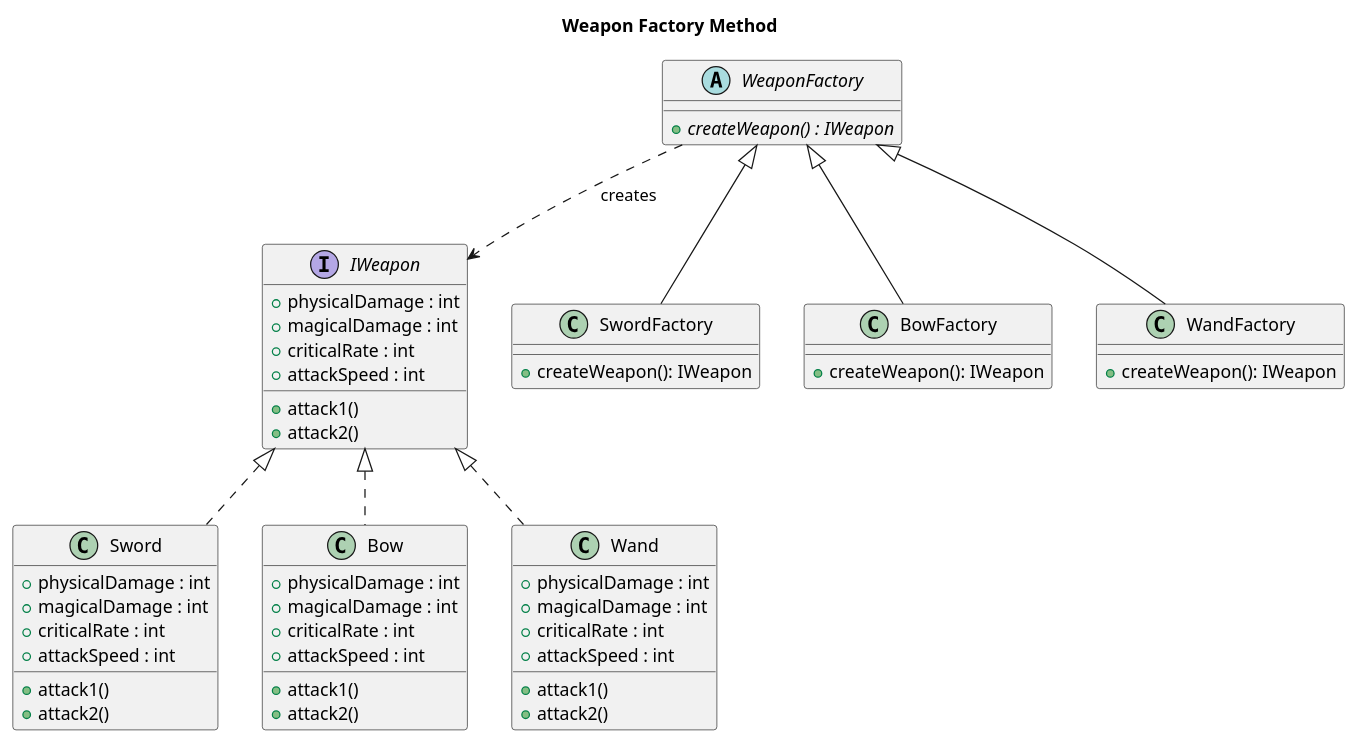
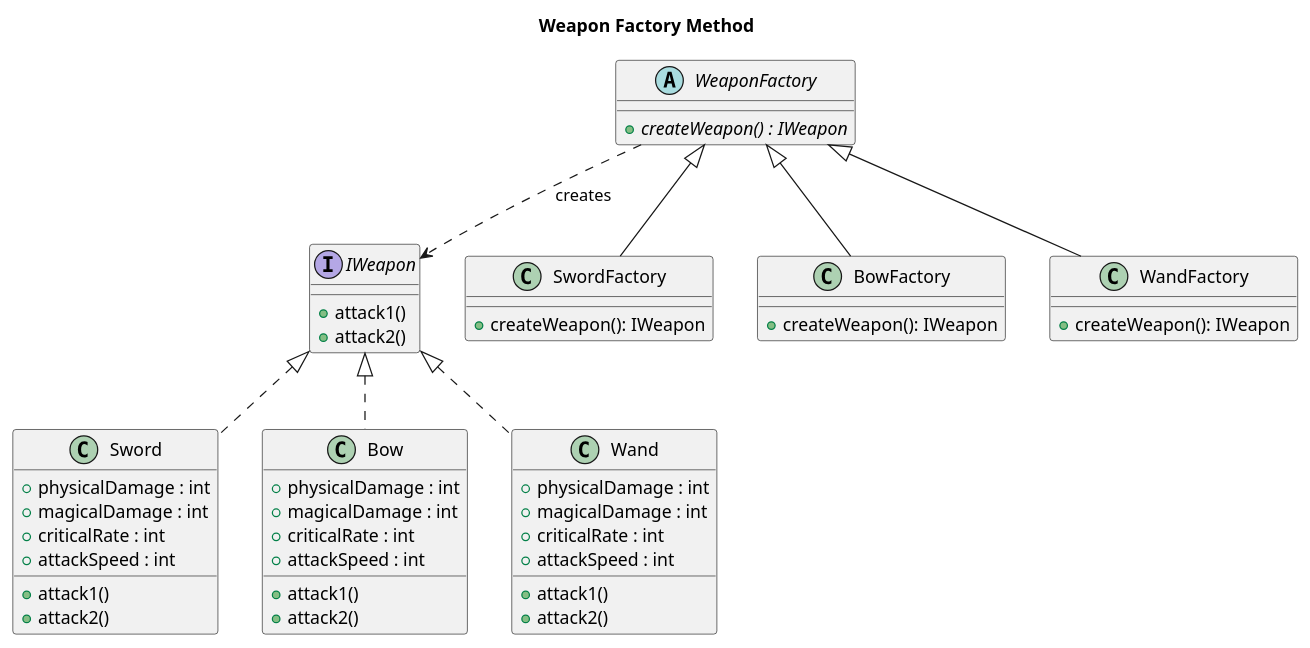
One commit to project-survivor/documentation changed the diagram in UML/Factory Method/weapon.factory-method.plantuml. Above: the diagram before and after it, drawn with PlantUML. The commit also changed 11 other files, not shown here.

```diff
--- a/UML/Factory Method/weapon.factory-method.plantuml
+++ b/UML/Factory Method/weapon.factory-method.plantuml
@@ -1,59 +1,55 @@
 @startuml WeaponFactoryMethod
 
 title Weapon Factory Method
 
 abstract class WeaponFactory {
     {abstract} +createWeapon() : IWeapon
 }
 
 interface IWeapon {
-    + physicalDamage : int
-    + magicalDamage : int
-    + criticalRate : int
-    + attackSpeed : int
     + attack1()
     + attack2()
 }
 
 class Sword implements IWeapon {
     + physicalDamage : int
     + magicalDamage : int
     + criticalRate : int
     + attackSpeed : int
     + attack1()
     + attack2()
 }
 
 class Bow implements IWeapon {
     + physicalDamage : int
     + magicalDamage : int
     + criticalRate : int
     + attackSpeed : int
     + attack1()
     + attack2()
 }
 
 class Wand implements IWeapon {
     + physicalDamage : int
     + magicalDamage : int
     + criticalRate : int
     + attackSpeed : int
     + attack1()
     + attack2()
 }
 
 class SwordFactory extends WeaponFactory {
     +createWeapon(): IWeapon
 }
 
 class BowFactory extends WeaponFactory {
     +createWeapon(): IWeapon
 }
 
 class WandFactory extends WeaponFactory {
     +createWeapon(): IWeapon
 }
 
 WeaponFactory ..> IWeapon : creates
 
 @enduml
```
